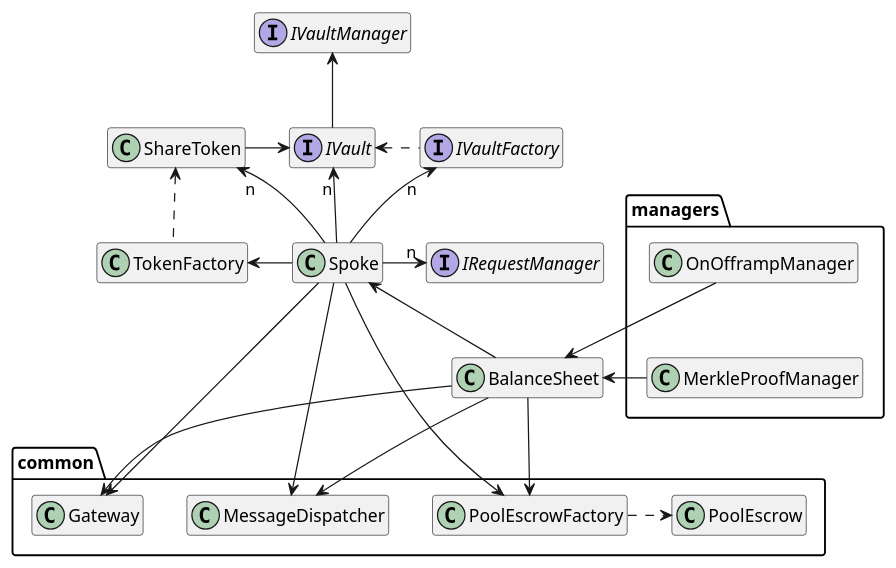
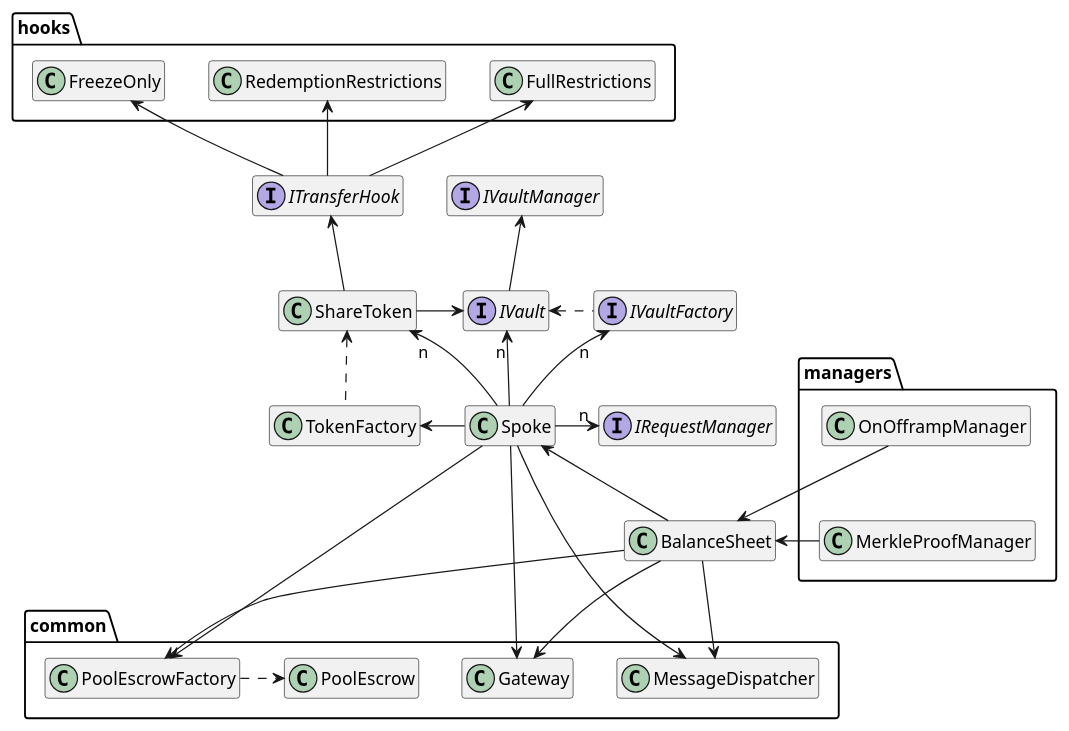
One commit to centrifuge/protocol changed the diagram in docs/architecture/spoke.puml. Above: the diagram before and after it, drawn with PlantUML.

Commit message:
Update spoke diagram

```diff
--- a/docs/architecture/spoke.puml
+++ b/docs/architecture/spoke.puml
@@ -1,61 +1,73 @@
 @startuml
 hide empty members
 
 package common {
     class Gateway
     class MessageDispatcher
     class PoolEscrow
     class PoolEscrowFactory
 }
 
 package managers {
     class OnOfframpManager
     class MerkleProofManager
 }
 
+package hooks {
+    class FreezeOnly
+    class RedemptionRestrictions
+    class FullRestrictions
+}
+
 class Hidden
 
 class Spoke
 class ShareToken
 class BalanceSheet
 class TokenFactory
 
 interface IVaultFactory
 interface IVault
 interface IVaultManager
 interface IRequestManager
+interface ITransferHook
+
+ITransferHook -up-> FreezeOnly
+ITransferHook -up-> RedemptionRestrictions
+ITransferHook -up-> FullRestrictions
 
 Spoke -left-> TokenFactory
 Spoke -down--> PoolEscrowFactory
 Spoke -up->"n" IVaultFactory
 Spoke -up->"n" ShareToken
 Spoke -up->"n" IVault
 Spoke ---> Gateway
 Spoke ---> MessageDispatcher
 Spoke -right->"n" IRequestManager
 
 BalanceSheet -right-> PoolEscrowFactory
 BalanceSheet -left--> Spoke
 BalanceSheet --> MessageDispatcher
 BalanceSheet --> Gateway
 
 PoolEscrowFactory .right.> PoolEscrow
 
+ShareToken -up-> ITransferHook
 ShareToken -right-> IVault
 IVault -up-> IVaultManager
 
 OnOfframpManager -down-> BalanceSheet
 MerkleProofManager -up-> BalanceSheet
 
 TokenFactory .up.> ShareToken
 IVaultFactory .left.> IVault
 
 ' Hidden stuff to make things more visual
 
 hide Hidden
 
 OnOfframpManager -down[hidden]-> MerkleProofManager
 MerkleProofManager -down-> Hidden
 Hidden -up-> BalanceSheet
 
 @enduml
```
